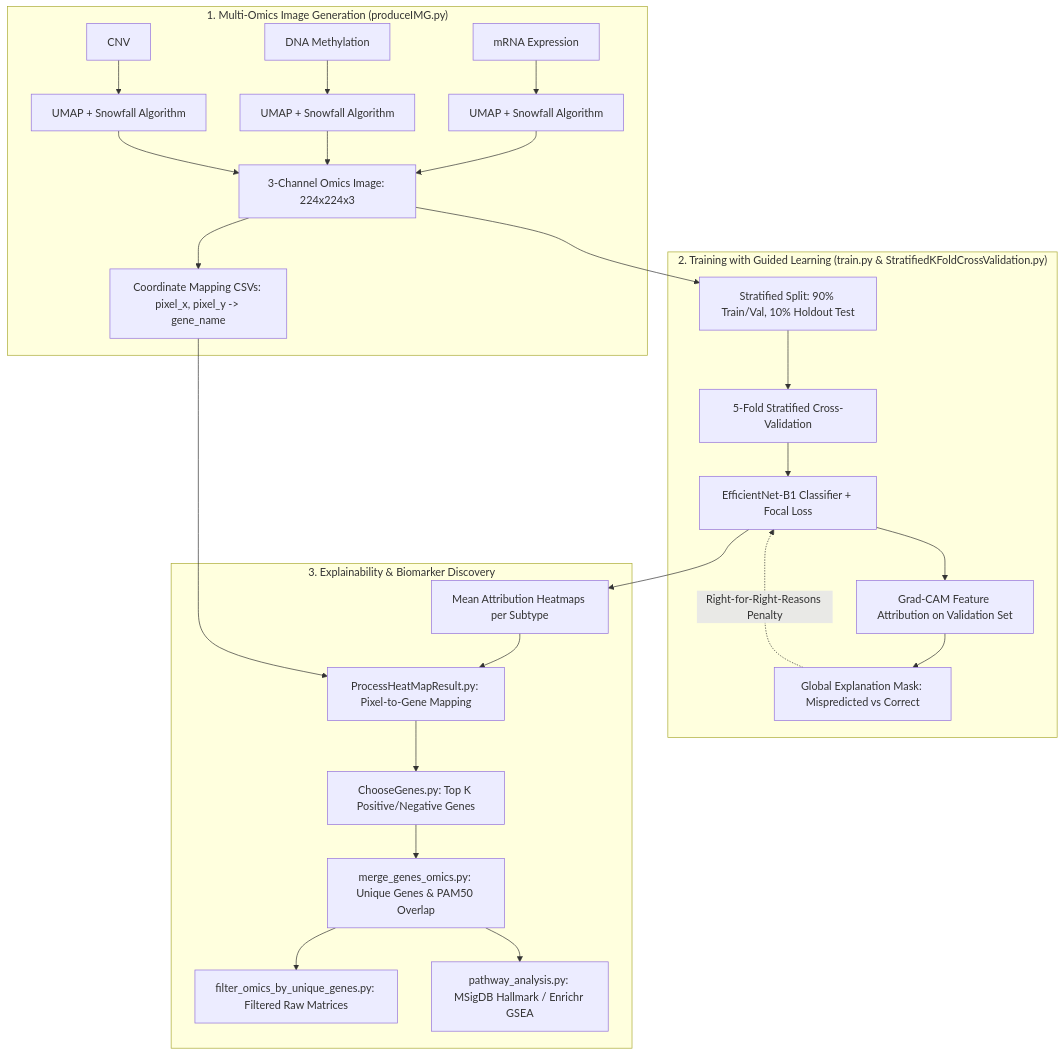
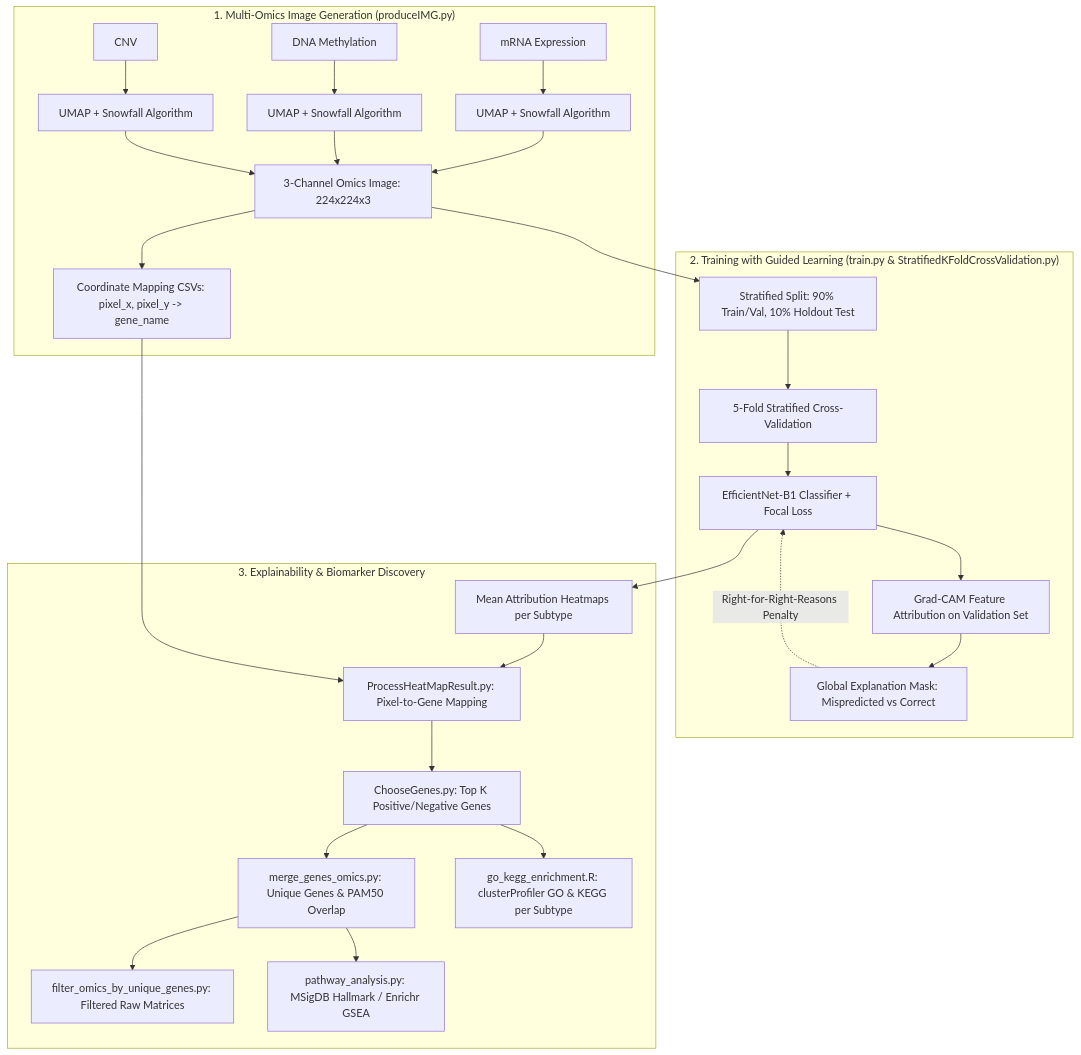
Before and after one commit to NTMT-hust/DeepCamCS: the diagram in README.md, drawn with Mermaid. The commit also changed other lines of this file and 6 other files, not shown here.

````diff
--- a/README.md
+++ b/README.md
@@ -50,29 +51,30 @@
 ```mermaid
 flowchart TD
     subgraph DataPrep ["1. Multi-Omics Image Generation (produceIMG.py)"]
         A1[mRNA Expression] --> B1[UMAP + Snowfall Algorithm]
         A2[DNA Methylation] --> B2[UMAP + Snowfall Algorithm]
         A3[CNV] --> B3[UMAP + Snowfall Algorithm]
         B1 & B2 & B3 --> C[3-Channel Omics Image: 224x224x3]
         C --> D[Coordinate Mapping CSVs: pixel_x, pixel_y -> gene_name]
     end
 
     subgraph TrainingLoop ["2. Training with Guided Learning (train.py & StratifiedKFoldCrossValidation.py)"]
         C --> E[Stratified Split: 90% Train/Val, 10% Holdout Test]
         E --> F[5-Fold Stratified Cross-Validation]
         F --> G[EfficientNet-B1 Classifier + Focal Loss]
         G --> H[Grad-CAM Feature Attribution on Validation Set]
         H --> I[Global Explanation Mask: Mispredicted vs Correct]
         I -.->|Right-for-Right-Reasons Penalty| G
     end
 
     subgraph BiomarkerDiscovery ["3. Explainability & Biomarker Discovery"]
         G --> J[Mean Attribution Heatmaps per Subtype]
         J --> K[ProcessHeatMapResult.py: Pixel-to-Gene Mapping]
         D --> K
         K --> L[ChooseGenes.py: Top K Positive/Negative Genes]
         L --> M[merge_genes_omics.py: Unique Genes & PAM50 Overlap]
+        L --> P[go_kegg_enrichment.R: clusterProfiler GO & KEGG per Subtype]
         M --> N[filter_omics_by_unique_genes.py: Filtered Raw Matrices]
         M --> O[pathway_analysis.py: MSigDB Hallmark / Enrichr GSEA]
     end
 ```
````
